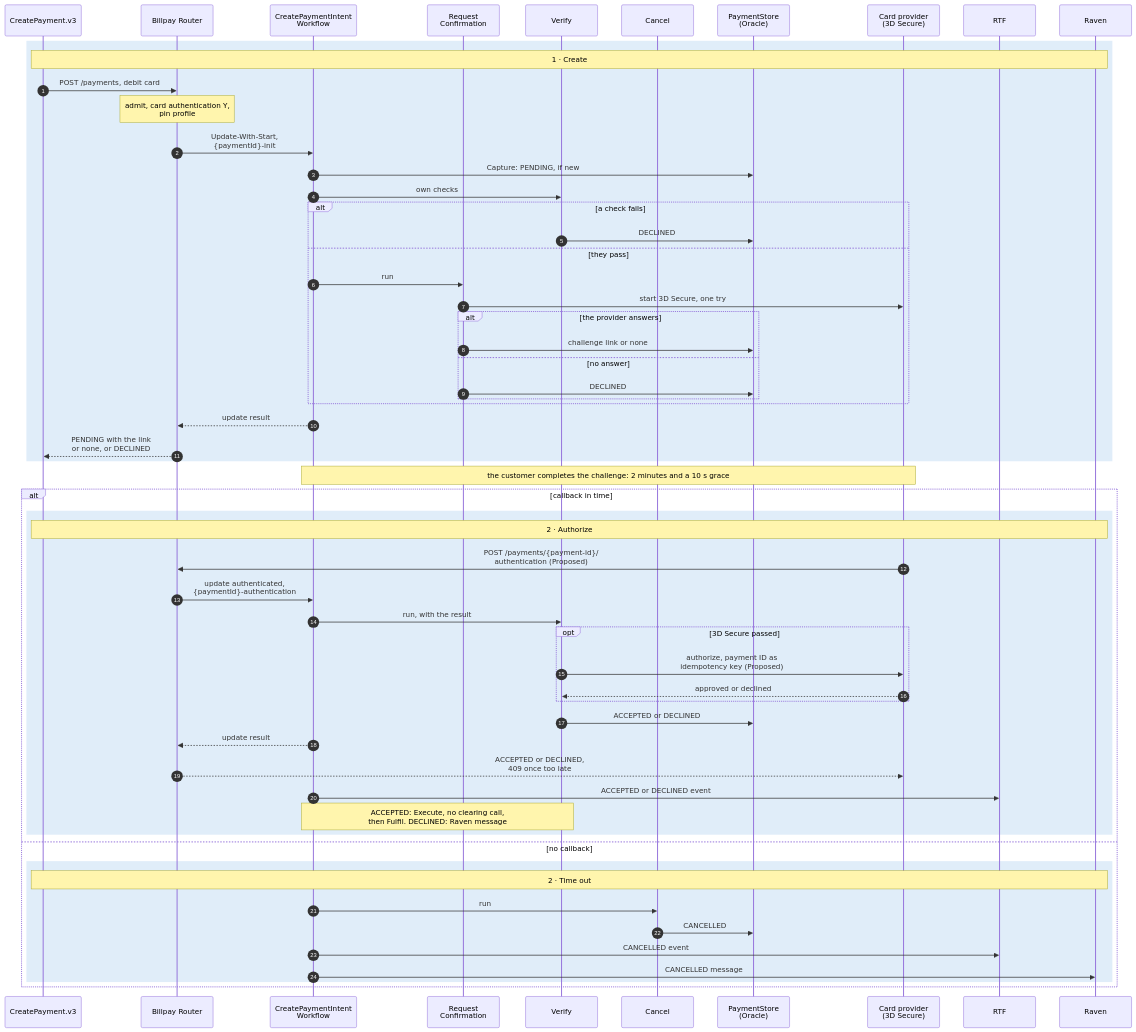
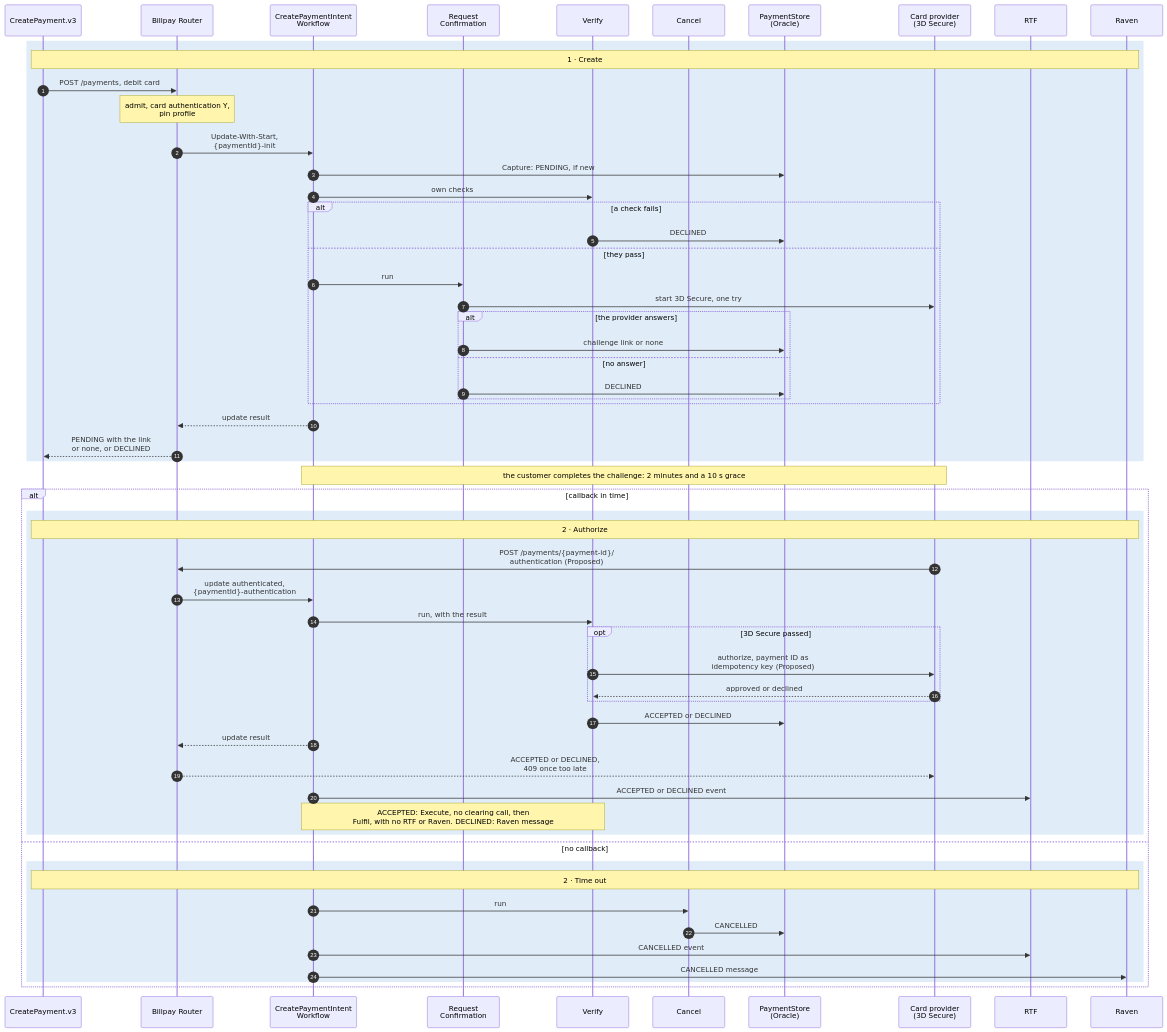
One commit to arunav-bhattacharya/billpay-book changed diagram 16 of 16 in website/docs/design/sequence-diagrams.md. Above: the diagram before and after it, drawn with Mermaid. The commit also changed other lines of this file and 44 other files, not shown here.

````diff
--- a/website/docs/design/sequence-diagrams.md
+++ b/website/docs/design/sequence-diagrams.md
@@ -882,73 +882,73 @@
 ```mermaid
 ---
 config:
   fontFamily: "BentonSansUI, Helvetica, Arial, sans-serif"
   fontSize: 15
 ---
 sequenceDiagram
   %% Pink arrows: something outside starts or resumes the payment.
   %% trigger: update authenticated
   autonumber
 
   participant OD as CreatePayment.v3
   participant R as Billpay Router
   participant WF as CreatePaymentIntent<br/>Workflow
   participant RQC as Request<br/>Confirmation
   participant VER as Verify
   participant CAN as Cancel
   participant PS as PaymentStore<br/>(Oracle)
 
   participant CP as Card provider<br/>(3D Secure)
   participant RTF
   participant RAV as Raven
 
   rect rgba(0,111,207,0.12)
     Note over OD,RAV: 1 · Create
     OD->>R: POST /payments, debit card
     Note over R: admit, card authentication Y,<br/>pin profile
     R->>WF: Update-With-Start,<br/>{paymentId}-init
     WF->>PS: Capture: PENDING, if new
     WF->>VER: own checks
     alt a check fails
       VER->>PS: DECLINED
     else they pass
       WF->>RQC: run
       RQC->>CP: start 3D Secure, one try
       alt the provider answers
         RQC->>PS: challenge link or none
       else no answer
         RQC->>PS: DECLINED
       end
     end
     WF-->>R: update result
     R-->>OD: PENDING with the link<br/>or none, or DECLINED
   end
 
   Note over WF,CP: the customer completes the challenge: 2 minutes and a 10 s grace
 
   alt callback in time
     rect rgba(0,111,207,0.12)
       Note over OD,RAV: 2 · Authorize
       CP->>R: POST /payments/{payment-id}/<br/>authentication (Proposed)
       R->>WF: update authenticated,<br/>{paymentId}-authentication
       WF->>VER: run, with the result
       opt 3D Secure passed
         VER->>CP: authorize, payment ID as<br/>idempotency key (Proposed)
         CP-->>VER: approved or declined
       end
       VER->>PS: ACCEPTED or DECLINED
       WF-->>R: update result
       R-->>CP: ACCEPTED or DECLINED,<br/>409 once too late
       WF->>RTF: ACCEPTED or DECLINED event
-      Note over WF,VER: ACCEPTED: Execute, no clearing call,<br/>then Fulfil. DECLINED: Raven message
+      Note over WF,VER: ACCEPTED: Execute, no clearing call, then<br/>Fulfil, with no RTF or Raven. DECLINED: Raven message
     end
   else no callback
     rect rgba(0,111,207,0.12)
       Note over OD,RAV: 2 · Time out
       WF->>CAN: run
       CAN->>PS: CANCELLED
       WF->>RTF: CANCELLED event
       WF->>RAV: CANCELLED message
     end
   end
 ```
````
